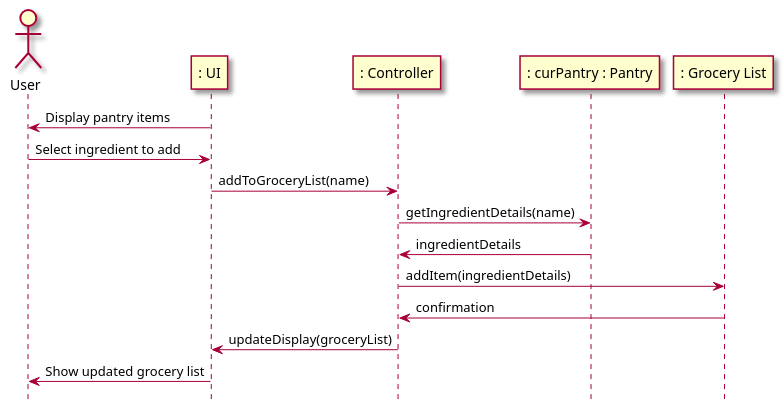
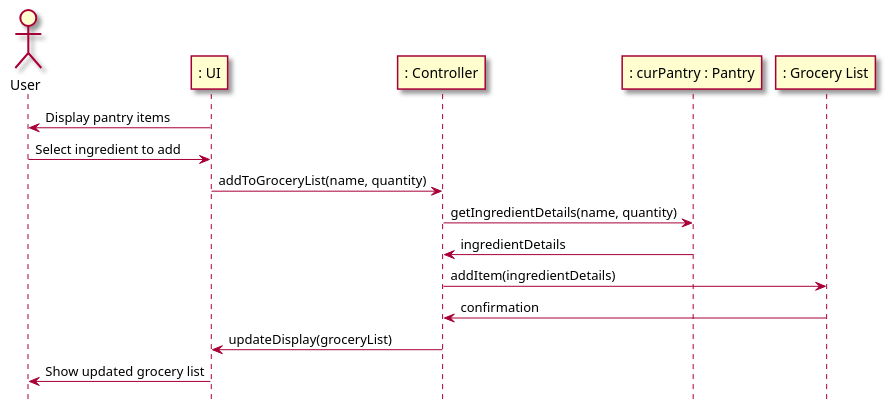
The eighth of 8 diagrams in intellij/doc/use-cases/manage_pantry.md (berthashipper/Pantry-Pal-Android-Application), drawn with PlantUML before and after one commit. The commit also changed other lines of this file and 3 other files, not shown here.

`````diff
--- a/intellij/doc/use-cases/manage_pantry.md
+++ b/intellij/doc/use-cases/manage_pantry.md
@@ -225,24 +225,24 @@
 ```plantuml
 @startuml
 skin rose
 
 hide footbox
 
 actor User as user
 participant ": UI" as ui
 participant ": Controller" as cont
 participant ": curPantry : Pantry" as pantry
 participant ": Grocery List" as grocery
 
 ui -> user : Display pantry items
 user -> ui : Select ingredient to add
-ui -> cont : addToGroceryList(name)
-cont -> pantry : getIngredientDetails(name)
+ui -> cont : addToGroceryList(name, quantity)
+cont -> pantry : getIngredientDetails(name, quantity)
 pantry -> cont : ingredientDetails
 cont -> grocery : addItem(ingredientDetails)
 grocery -> cont : confirmation
 cont -> ui : updateDisplay(groceryList)
 ui -> user : Show updated grocery list
 
 @enduml
 ````
`````
